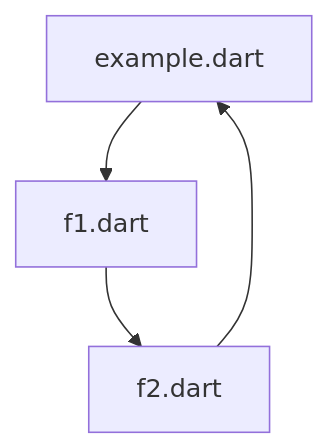
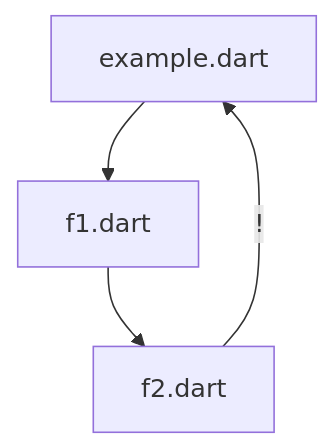
Before and after one commit to polina-c/layerlens: the diagram in example/lib/DEPENDENCIES.md, drawn with Mermaid. The commit also changed 2 other files, not shown here.

````diff
--- a/example/lib/DEPENDENCIES.md
+++ b/example/lib/DEPENDENCIES.md
@@ -5,6 +5,6 @@
 ```mermaid
 flowchart TD;
 example.dart-->f1.dart;
 f1.dart-->f2.dart;
-f2.dart-->example.dart;
+f2.dart--!-->example.dart;
 ```
````
